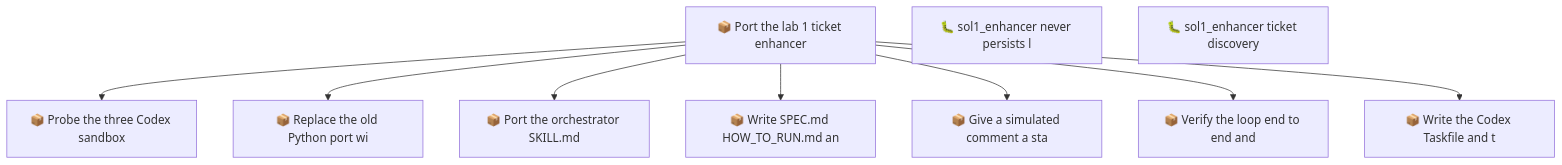
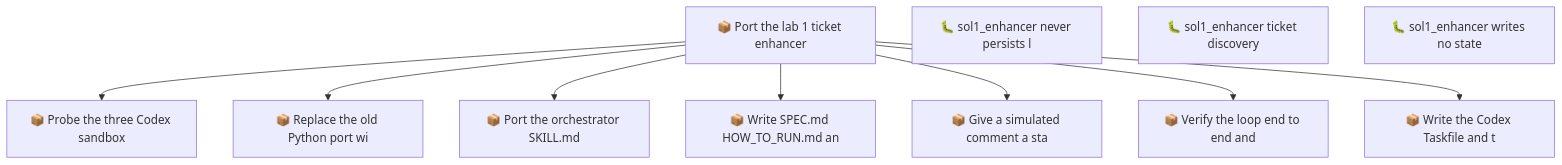
One commit to RichardHightower/reliable-agentic-lab changed the second of 2 diagrams in docs/roadmap.md. Above: the diagram before and after it, drawn with Mermaid. The commit also changed other lines of this file and 6 other files, not shown here.

````diff
--- a/docs/roadmap.md
+++ b/docs/roadmap.md
@@ -78,20 +80,21 @@
 ```mermaid
 graph TD
     01M1217WSS22TWYCM42N3N6E9W["📦 Port the lab 1 ticket enhancer"]
     01M1217WT9586S4PHZFXV2RZQQ["📦 Probe the three Codex sandbox"]
     01M1217WT9NYGSJ2B43G3YE7FW["📦 Replace the old Python port wi"]
     01M1217WT9X3FMDT5YYM9D0E4B["📦 Port the orchestrator SKILL.md"]
     01M1217WTA3WFB7X29CF69BMJ5["📦 Write SPEC.md HOW_TO_RUN.md an"]
     01M1217WTAEM5W96N68WVN3CVS["📦 Give a simulated comment a sta"]
     01M1217WTAK4MAAXX3P7279H54["📦 Verify the loop end to end and"]
     01M1217WTAPT5AVHK27NAJJPMY["📦 Write the Codex Taskfile and t"]
     01M1218DG6NDRH9ZEZJKZGN1ZE["🐛 sol1_enhancer never persists l"]
     01M1218M5NYXMND79G5E0H4WBK["🐛 sol1_enhancer ticket discovery"]
+    01M124T0411AFGE306A00T17X3["🐛 sol1_enhancer writes no state"]
     01M1217WSS22TWYCM42N3N6E9W --> 01M1217WT9586S4PHZFXV2RZQQ
     01M1217WSS22TWYCM42N3N6E9W --> 01M1217WT9NYGSJ2B43G3YE7FW
     01M1217WSS22TWYCM42N3N6E9W --> 01M1217WT9X3FMDT5YYM9D0E4B
     01M1217WSS22TWYCM42N3N6E9W --> 01M1217WTA3WFB7X29CF69BMJ5
     01M1217WSS22TWYCM42N3N6E9W --> 01M1217WTAEM5W96N68WVN3CVS
     01M1217WSS22TWYCM42N3N6E9W --> 01M1217WTAK4MAAXX3P7279H54
     01M1217WSS22TWYCM42N3N6E9W --> 01M1217WTAPT5AVHK27NAJJPMY
 ```
````
